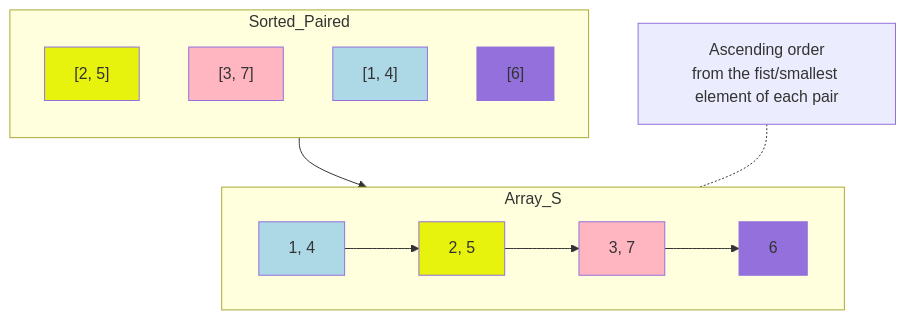
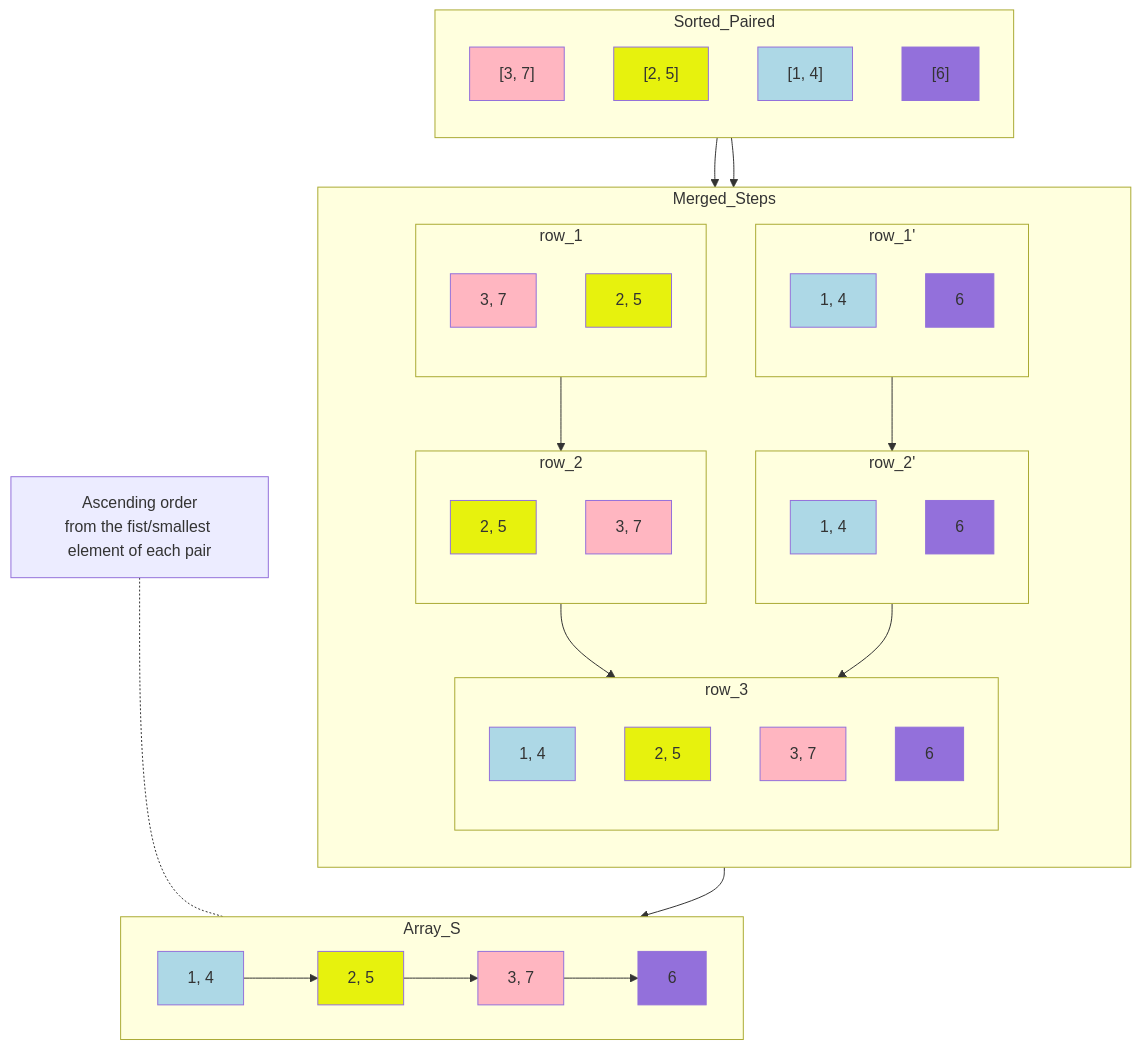
The third of 4 diagrams in Projects/CPP_Modules/cpp-exercices.md (Tablerase/42_Projects), drawn with Mermaid before and after one commit. The commit also changed other lines of this file and 1 other file, not shown here.

````diff
--- a/Projects/CPP_Modules/cpp-exercices.md
+++ b/Projects/CPP_Modules/cpp-exercices.md
@@ -190,29 +190,66 @@
 ```mermaid
 graph TD
   classDef yellow fill:#e7f20d;
   classDef orange fill:#f2a00d;
   classDef lightcoral fill:LightCoral;
   classDef lightpink fill:LightPink;
   classDef lightgreen fill:LightGreen;
   classDef lightblue fill:LightBlue;
   classDef mediumpurple fill:MediumPurple;
 
   subgraph Sorted_Paired
     direction TB
+    Sorted2["[3, 7]"]:::lightpink
     Sorted1["[2, 5]"]:::yellow
-    Sorted2["[3, 7]"]:::lightpink
     Sorted3["[1, 4]"]:::lightblue
     Sorted4["[6]"]:::mediumpurple
   end
 
-  Sorted_Paired --> Array_S
+  Sorted_Paired --> row_1
+  Sorted_Paired --> row_1'
+  subgraph Merged_Steps
+    direction TB
+    subgraph row_1
+      direction TB
+      Sorted2'["3, 7"]:::lightpink
+      Sorted1'["2, 5"]:::yellow
+    end
+    subgraph row_1'
+      direction TB
+      Sorted3'["1, 4"]:::lightblue
+      Sorted4'["6"]:::mediumpurple
+    end
+    row_1 --> row_2
+    subgraph row_2
+      direction TB
+      Sorted1''["2, 5"]:::yellow
+      Sorted2''["3, 7"]:::lightpink
+    end
+    row_1' --> row_2'
+    subgraph row_2'
+      direction TB
+      Sorted3''["1, 4"]:::lightblue
+      Sorted4''["6"]:::mediumpurple
+    end
+    row_2 --> row_3
+    row_2' --> row_3
+    subgraph row_3
+      direction TB
+      Sorted3'''["1, 4"]:::lightblue
+      Sorted1'''["2, 5"]:::yellow
+      Sorted2'''["3, 7"]:::lightpink
+      Sorted4'''["6"]:::mediumpurple
+    end
+  end
+
+  row_3 --> Array_S
   subgraph Array_S
     direction LR
-    Sorted3'["1, 4"]:::lightblue
-    Sorted1'["2, 5"]:::yellow
-    Sorted2'["3, 7"]:::lightpink
-    Sorted4'["6"]:::mediumpurple
-    Sorted3' --> Sorted1' --> Sorted2' --> Sorted4'
+    Sorted3'''''["1, 4"]:::lightblue
+    Sorted1'''''["2, 5"]:::yellow
+    Sorted2'''''["3, 7"]:::lightpink
+    Sorted4'''''["6"]:::mediumpurple
+    Sorted3''''' --> Sorted1''''' --> Sorted2''''' --> Sorted4'''''
   end
   Note_Array_S["Ascending order\nfrom the fist/smallest element of each pair"] -.- Array_S
 ```
````
